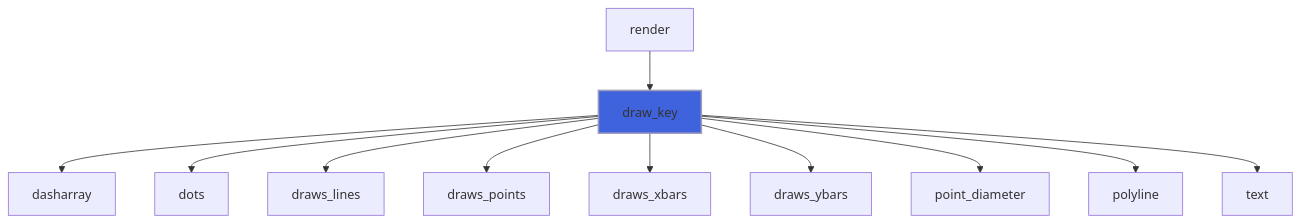
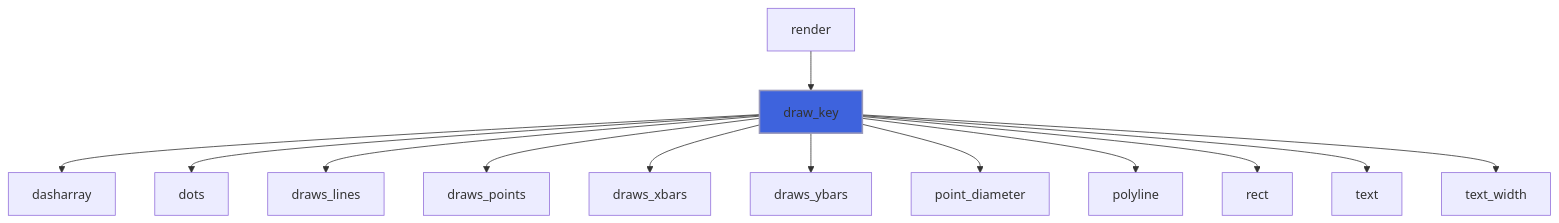
Before and after one commit to szaghi/foresight: the sixth of 12 diagrams in docs/api/src/lib/foresight_axes.md, drawn with Mermaid. The commit also changed other lines of this file and 42 other files, not shown here.

````diff
--- a/docs/api/src/lib/foresight_axes.md
+++ b/docs/api/src/lib/foresight_axes.md
@@ -250,14 +257,16 @@
 ```mermaid
 flowchart TD
   render["render"] --> draw_key["draw_key"]
   draw_key["draw_key"] --> dasharray["dasharray"]
   draw_key["draw_key"] --> dots["dots"]
   draw_key["draw_key"] --> draws_lines["draws_lines"]
   draw_key["draw_key"] --> draws_points["draws_points"]
   draw_key["draw_key"] --> draws_xbars["draws_xbars"]
   draw_key["draw_key"] --> draws_ybars["draws_ybars"]
   draw_key["draw_key"] --> point_diameter["point_diameter"]
   draw_key["draw_key"] --> polyline["polyline"]
+  draw_key["draw_key"] --> rect["rect"]
   draw_key["draw_key"] --> text["text"]
+  draw_key["draw_key"] --> text_width["text_width"]
   style draw_key fill:#3e63dd,stroke:#99b,stroke-width:2px
 ```
````
